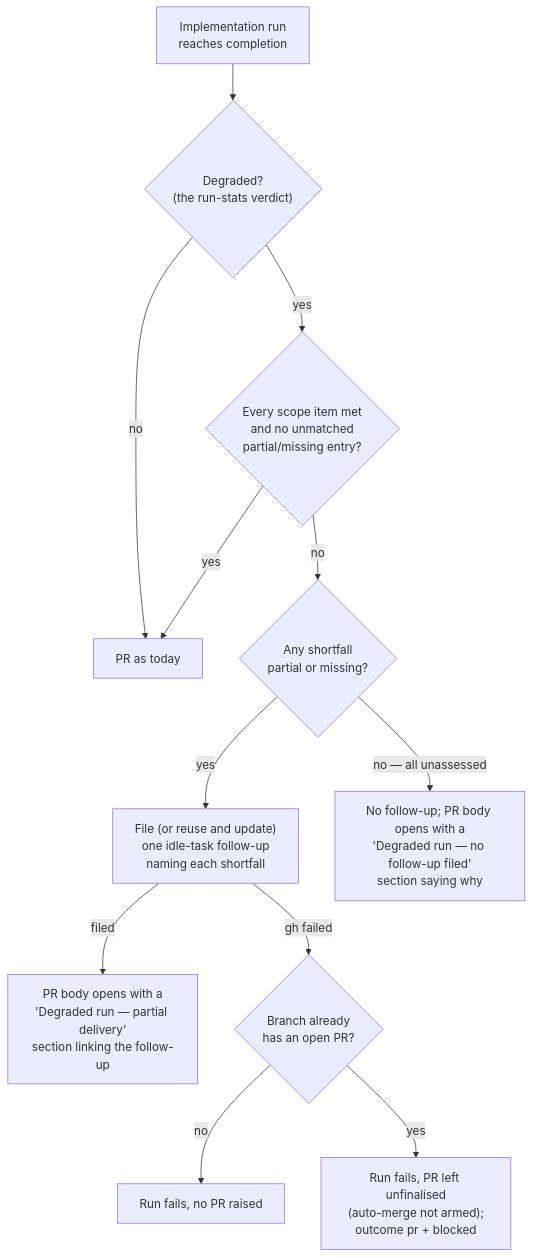
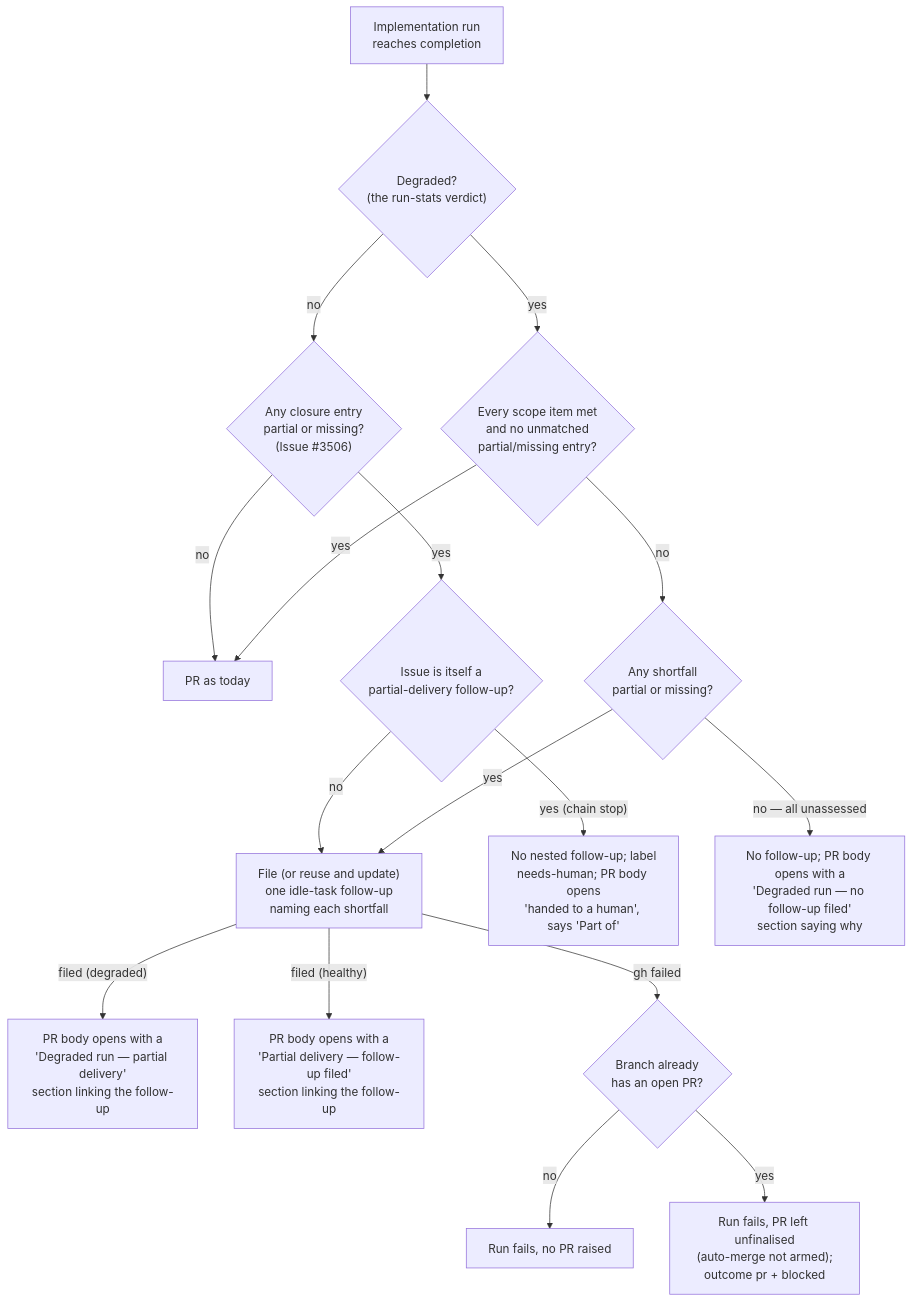
One commit to stSoftwareAU/VibeCoder changed diagram 21 of 25 in docs/workflows/issue-processing.md. Above: the diagram before and after it, drawn with Mermaid. The commit also changed other lines of this file and 16 other files, not shown here.

First line of the commit message:
A healthy run that closes out a criterion as partial or missing still closes the issue with no follow-up (three private fleet PRs) (Issue #3506) (#3676)

````diff
--- a/docs/workflows/issue-processing.md
+++ b/docs/workflows/issue-processing.md
@@ -2412,14 +2415,19 @@
 ```mermaid
 flowchart TD
     R["Implementation run<br/>reaches completion"] --> D{"Degraded?<br/>(the run-stats verdict)"}
-    D -- no --> P["PR as today"]
+    D -- no --> H{"Any closure entry<br/>partial or missing?<br/>(Issue #3506)"}
+    H -- no --> P["PR as today"]
+    H -- yes --> C{"Issue is itself a<br/>partial-delivery follow-up?"}
+    C -- no --> F
+    C -- "yes (chain stop)" --> CS["No nested follow-up; label<br/>needs-human; PR body opens<br/>'handed to a human', says 'Part of'"]
     D -- yes --> S{"Every scope item met<br/>and no unmatched<br/>partial/missing entry?"}
     S -- yes --> P
     S -- no --> G{"Any shortfall<br/>partial or missing?"}
     G -- yes --> F["File (or reuse and update)<br/>one idle-task follow-up<br/>naming each shortfall"]
-    F -- filed --> B["PR body opens with a<br/>'Degraded run — partial delivery'<br/>section linking the follow-up"]
+    F -- "filed (degraded)" --> B["PR body opens with a<br/>'Degraded run — partial delivery'<br/>section linking the follow-up"]
+    F -- "filed (healthy)" --> W["PR body opens with a<br/>'Partial delivery — follow-up filed'<br/>section linking the follow-up"]
     F -- "gh failed" --> Q{"Branch already<br/>has an open PR?"}
     Q -- no --> X["Run fails, no PR raised"]
     Q -- yes --> Y["Run fails, PR left unfinalised<br/>(auto-merge not armed);<br/>outcome pr + blocked"]
     G -- "no — all unassessed" --> N["No follow-up; PR body opens with a<br/>'Degraded run — no follow-up filed'<br/>section saying why"]
 ```
````
